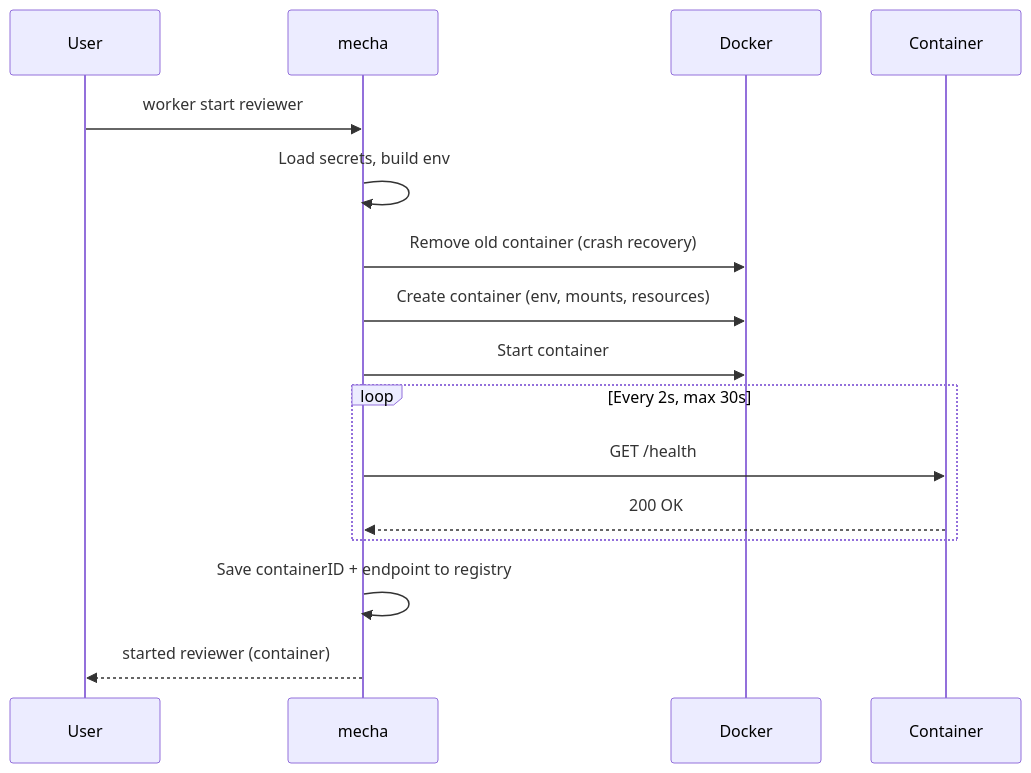
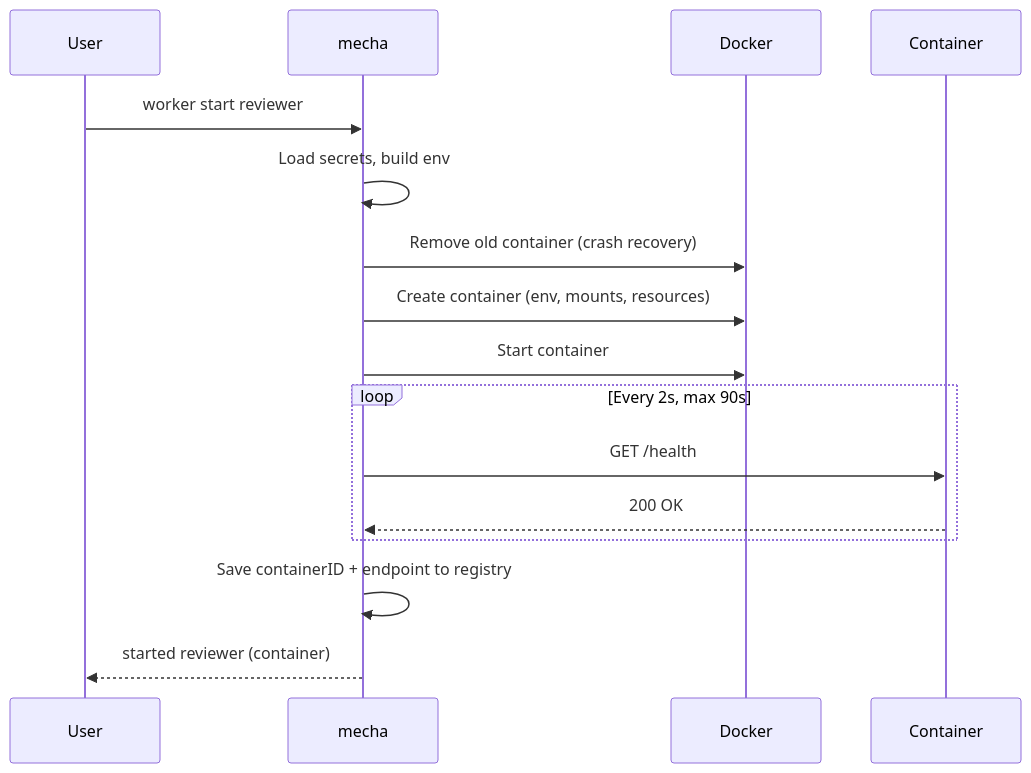
One commit to xiaolai/mecha.im changed the fourth of 5 diagrams in website/guide/architecture.md. Above: the diagram before and after it, drawn with Mermaid. The commit also changed other lines of this file and 13 other files, not shown here.

````diff
--- a/website/guide/architecture.md
+++ b/website/guide/architecture.md
@@ -139,19 +143,19 @@
 ```mermaid
 sequenceDiagram
     participant U as User
     participant M as mecha
     participant D as Docker
     participant C as Container
 
     U->>M: worker start reviewer
     M->>M: Load secrets, build env
     M->>D: Remove old container (crash recovery)
     M->>D: Create container (env, mounts, resources)
     M->>D: Start container
-    loop Every 2s, max 30s
+    loop Every 2s, max 90s
         M->>C: GET /health
         C-->>M: 200 OK
     end
     M->>M: Save containerID + endpoint to registry
     M-->>U: started reviewer (container)
 ```
````
